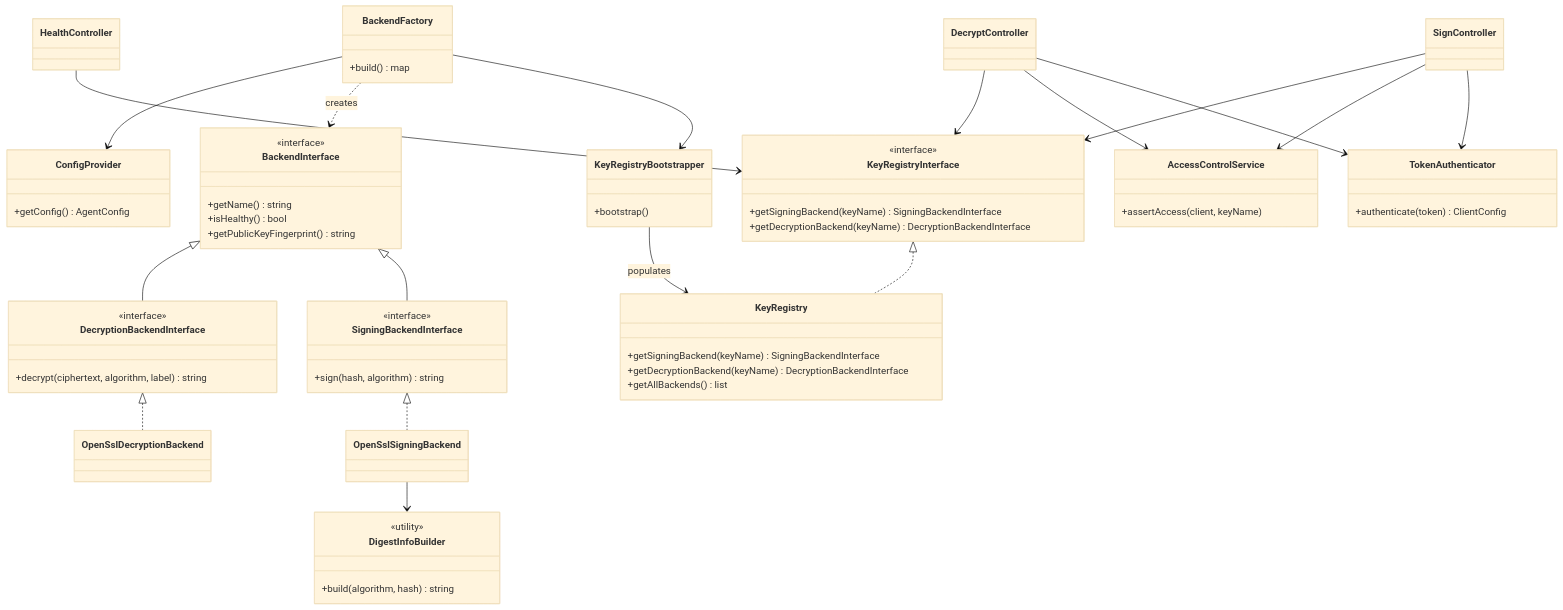
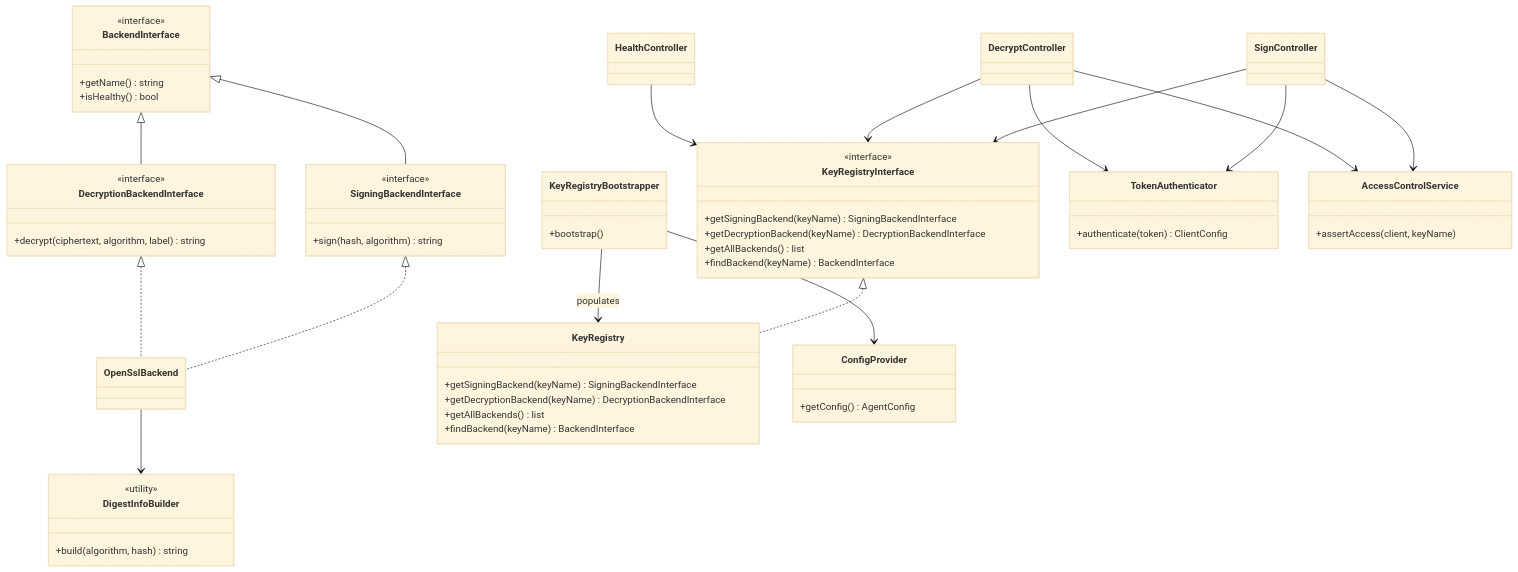
Before and after one commit to OpenConext/OpenConext-private-key-agent: the third of 3 diagrams in docs/DESIGN-SPECIFICATION.md, drawn with Mermaid (base theme). The commit also changed other lines of this file and 39 other files, not shown here.

Commit message:
Simplify backend/key configuration

````diff
--- a/docs/DESIGN-SPECIFICATION.md
+++ b/docs/DESIGN-SPECIFICATION.md
@@ -417,75 +400,70 @@
 ```mermaid
 classDiagram
     class BackendInterface {
         <<interface>>
         +getName() string
         +isHealthy() bool
-        +getPublicKeyFingerprint() string
     }
     class SigningBackendInterface {
         <<interface>>
         +sign(hash, algorithm) string
     }
     class DecryptionBackendInterface {
         <<interface>>
         +decrypt(ciphertext, algorithm, label) string
     }
     BackendInterface <|-- SigningBackendInterface
     BackendInterface <|-- DecryptionBackendInterface
 
-    class OpenSslSigningBackend
-    class OpenSslDecryptionBackend
-    SigningBackendInterface <|.. OpenSslSigningBackend
-    DecryptionBackendInterface <|.. OpenSslDecryptionBackend
+    class OpenSslBackend
+    SigningBackendInterface <|.. OpenSslBackend
+    DecryptionBackendInterface <|.. OpenSslBackend
 
     class DigestInfoBuilder {
         <<utility>>
         +build(algorithm, hash) string
     }
-    OpenSslSigningBackend --> DigestInfoBuilder
+    OpenSslBackend --> DigestInfoBuilder
 
     class KeyRegistryInterface {
         <<interface>>
         +getSigningBackend(keyName) SigningBackendInterface
         +getDecryptionBackend(keyName) DecryptionBackendInterface
+        +getAllBackends() list
+        +findBackend(keyName) BackendInterface
     }
     class KeyRegistry {
         +getSigningBackend(keyName) SigningBackendInterface
         +getDecryptionBackend(keyName) DecryptionBackendInterface
         +getAllBackends() list
+        +findBackend(keyName) BackendInterface
     }
     KeyRegistryInterface <|.. KeyRegistry
     class KeyRegistryBootstrapper {
         +bootstrap()
     }
     KeyRegistryBootstrapper --> KeyRegistry : populates
 
-    class BackendFactory {
-        +build() map
-    }
-    BackendFactory --> KeyRegistryBootstrapper
-    BackendFactory ..> BackendInterface : creates
-
     class ConfigProvider {
         +getConfig() AgentConfig
     }
-    BackendFactory --> ConfigProvider
+    KeyRegistryBootstrapper --> ConfigProvider
 
     class TokenAuthenticator {
         +authenticate(token) ClientConfig
     }
     class AccessControlService {
         +assertAccess(client, keyName)
     }
 
     class SignController
     class DecryptController
     class HealthController
     SignController --> TokenAuthenticator
     SignController --> AccessControlService
     SignController --> KeyRegistryInterface
     DecryptController --> TokenAuthenticator
     DecryptController --> AccessControlService
     DecryptController --> KeyRegistryInterface
     HealthController --> KeyRegistryInterface
 ```
````
